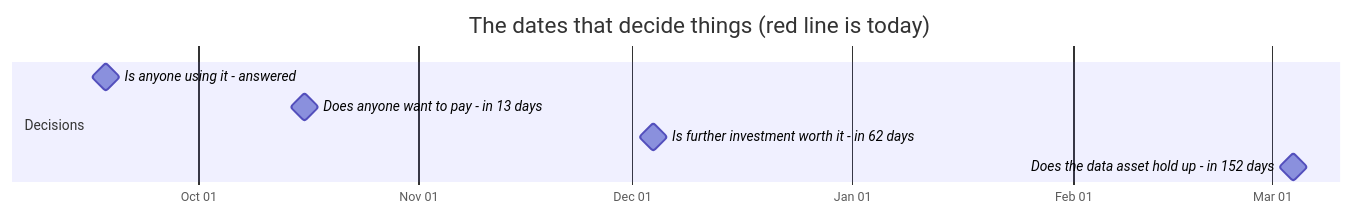
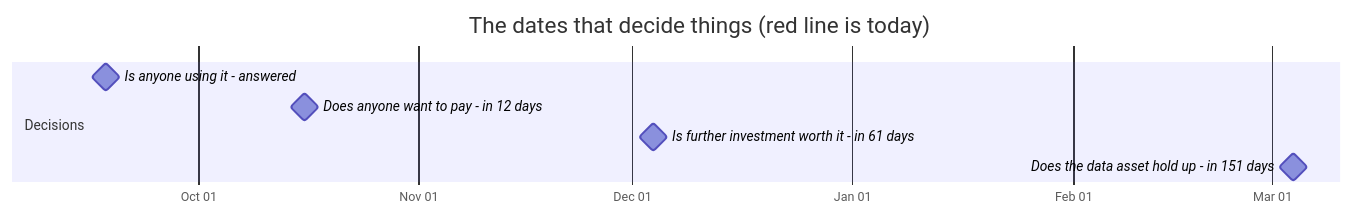
One commit to jakegu1/vetagent changed the first of 2 diagrams in docs/OWNER.md. Above: the diagram before and after it, drawn with Mermaid. The commit also changed other lines of this file and 1 other file, not shown here.

````diff
--- a/docs/OWNER.md
+++ b/docs/OWNER.md
@@ -76,12 +76,12 @@
 ```mermaid
 gantt
     dateFormat YYYY-MM-DD
     axisFormat %b %d
     todayMarker stroke-width:3px,stroke:#d33,stroke-dasharray:0
     title The dates that decide things (red line is today)
     section Decisions
     Is anyone using it - answered :milestone, 2026-09-18, 0d
-    Does anyone want to pay - in 13 days :milestone, 2026-10-16, 0d
-    Is further investment worth it - in 62 days :milestone, 2026-12-04, 0d
-    Does the data asset hold up - in 152 days :milestone, 2027-03-04, 0d
+    Does anyone want to pay - in 12 days :milestone, 2026-10-16, 0d
+    Is further investment worth it - in 61 days :milestone, 2026-12-04, 0d
+    Does the data asset hold up - in 151 days :milestone, 2027-03-04, 0d
 ```
````
